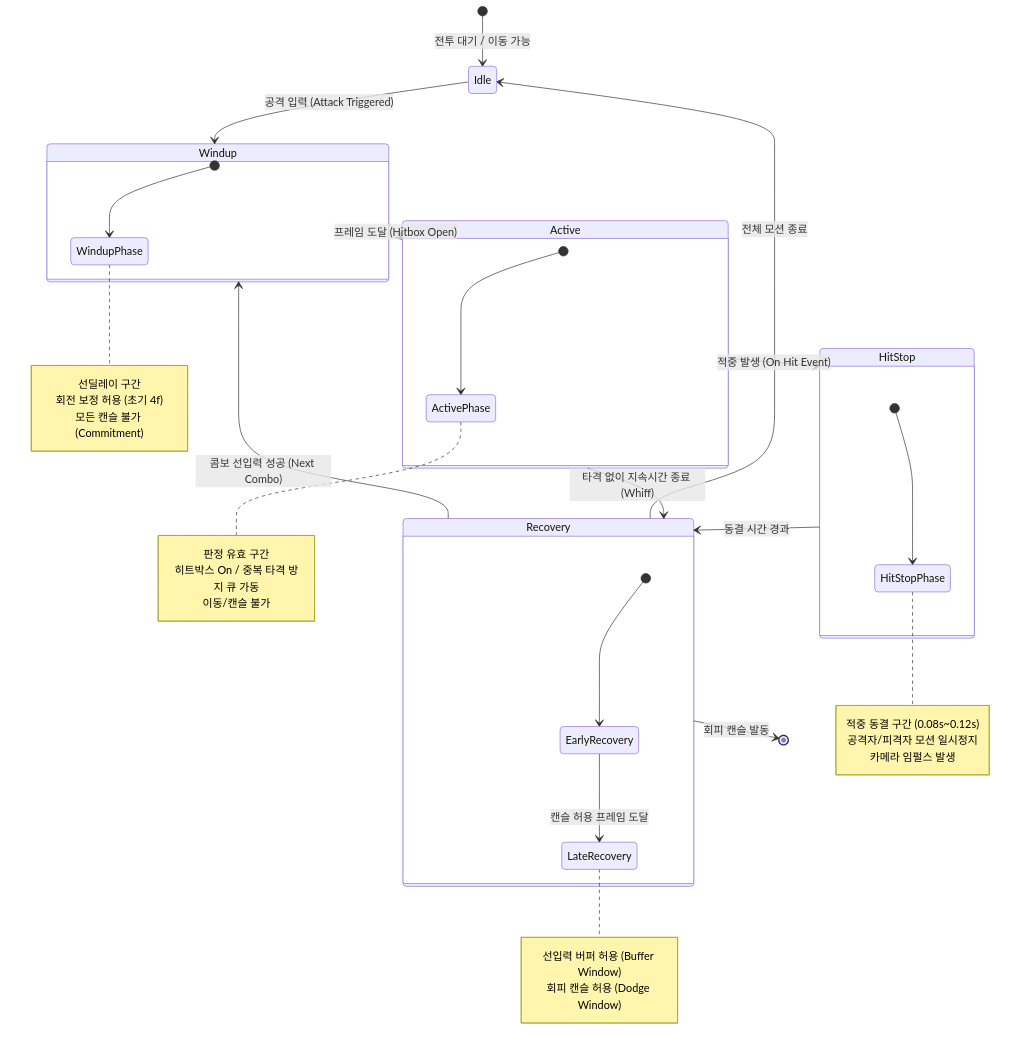
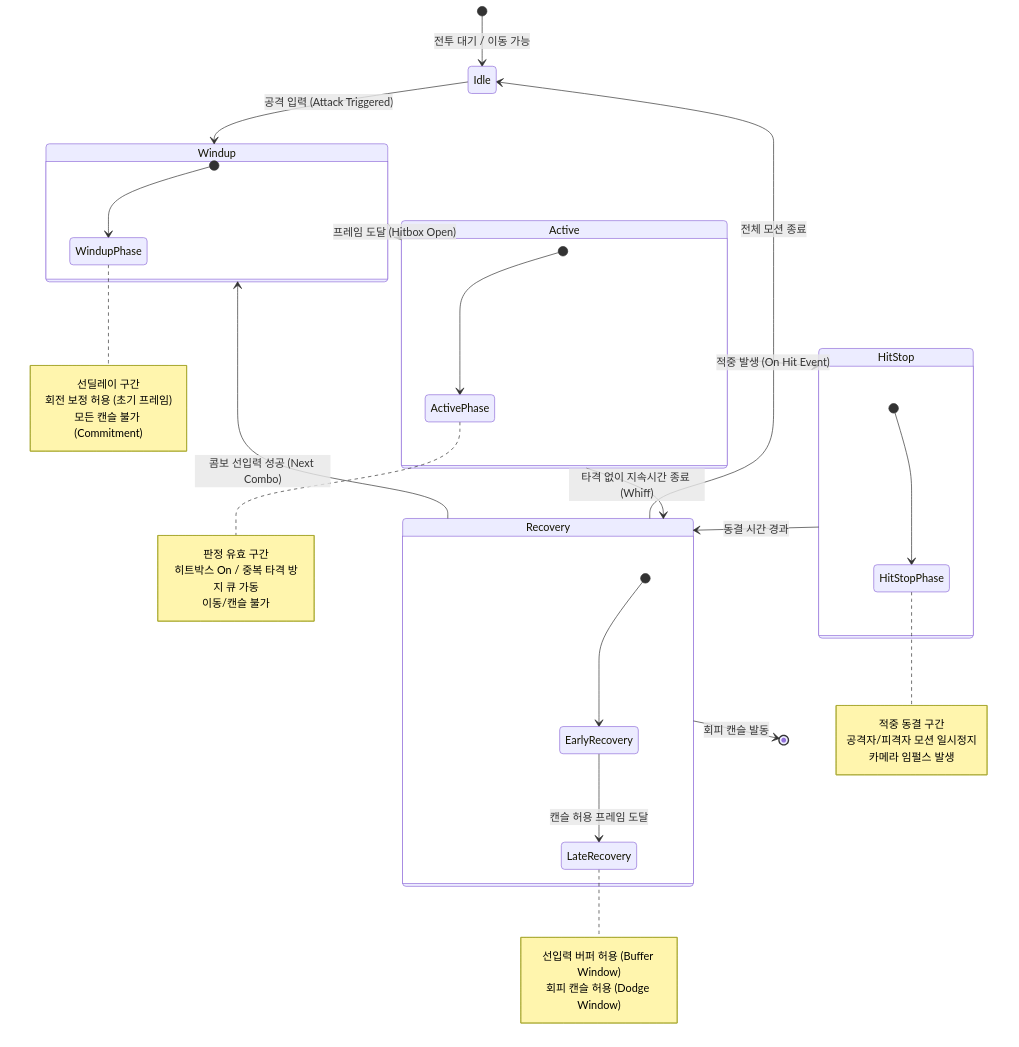
One commit to chahoseong/god-of-war-combat-system changed the second of 3 diagrams in Docs/GDD.md. Above: the diagram before and after it, drawn with Mermaid. The commit also changed other lines of this file, not shown here.

Commit message:
GDD의 전투 디자인 기둥 및 다이어그램에서 임의 수치 제거

````diff
--- a/Docs/GDD.md
+++ b/Docs/GDD.md
@@ -89,38 +89,38 @@
 ```mermaid
 stateDiagram-v2
     [*] --> Idle: 전투 대기 / 이동 가능
     
     Idle --> Windup: 공격 입력 (Attack Triggered)
     
     state Windup {
         [*] --> WindupPhase
-        note right of WindupPhase: 선딜레이 구간<br>회전 보정 허용 (초기 4f)<br>모든 캔슬 불가 (Commitment)
+        note right of WindupPhase: 선딜레이 구간<br>회전 보정 허용 (초기 프레임)<br>모든 캔슬 불가 (Commitment)
     }
     
     Windup --> Active: 프레임 도달 (Hitbox Open)
     
     state Active {
         [*] --> ActivePhase
         note right of ActivePhase: 판정 유효 구간<br>히트박스 On / 중복 타격 방지 큐 가동<br>이동/캔슬 불가
     }
     
     Active --> HitStop: 적중 발생 (On Hit Event)
     Active --> Recovery: 타격 없이 지속시간 종료 (Whiff)
     
     state HitStop {
         [*] --> HitStopPhase
-        note right of HitStopPhase: 적중 동결 구간 (0.08s~0.12s)<br>공격자/피격자 모션 일시정지<br>카메라 임펄스 발생
+        note right of HitStopPhase: 적중 동결 구간<br>공격자/피격자 모션 일시정지<br>카메라 임펄스 발생
     }
     
     HitStop --> Recovery: 동결 시간 경과
     
     state Recovery {
         [*] --> EarlyRecovery
         EarlyRecovery --> LateRecovery: 캔슬 허용 프레임 도달
         note right of LateRecovery: 선입력 버퍼 허용 (Buffer Window)<br>회피 캔슬 허용 (Dodge Window)
     }
     
     Recovery --> Idle: 전체 모션 종료
     Recovery --> Windup: 콤보 선입력 성공 (Next Combo)
     Recovery --> [*]: 회피 캔슬 발동
 ```
````
